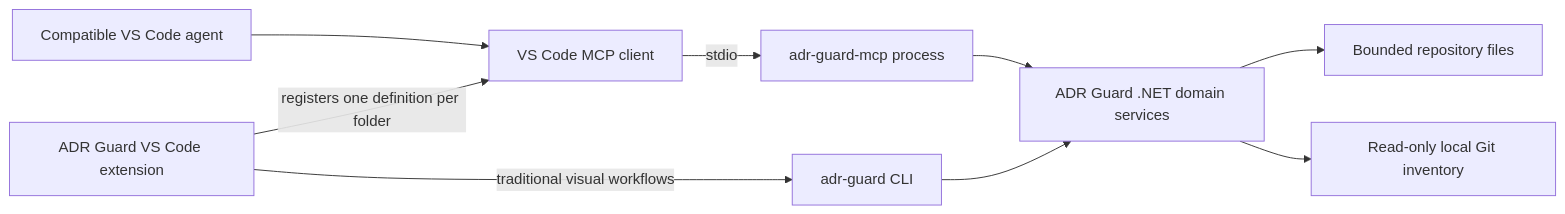
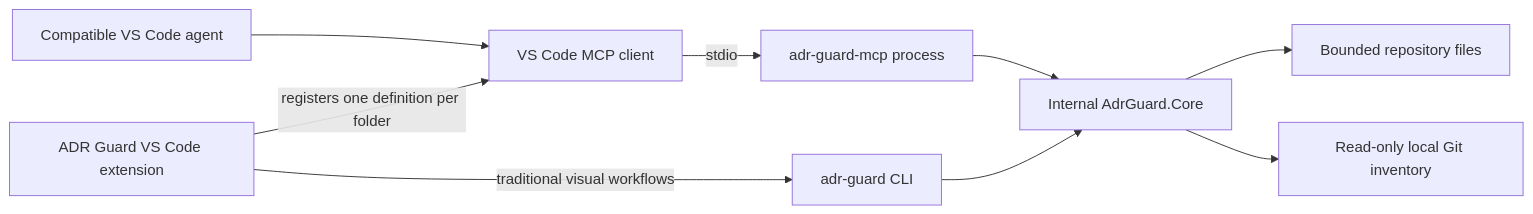
The diagram in docs/mcp.md (rodri-oliveira-dev/adr-guard), drawn with Mermaid before and after one commit. The commit also changed other lines of this file and 28 other files, not shown here.

````diff
--- a/docs/mcp.md
+++ b/docs/mcp.md
@@ -13,11 +13,11 @@
 ```mermaid
 flowchart LR
   Agent[Compatible VS Code agent] --> Client[VS Code MCP client]
   Client -->|stdio| Server[adr-guard-mcp process]
-  Server --> Domain[ADR Guard .NET domain services]
-  Domain --> Files[Bounded repository files]
-  Domain --> Git[Read-only local Git inventory]
+  Server --> Core[Internal AdrGuard.Core]
+  Core --> Files[Bounded repository files]
+  Core --> Git[Read-only local Git inventory]
   Extension[ADR Guard VS Code extension] -->|registers one definition per folder| Client
   Extension -->|traditional visual workflows| CLI[adr-guard CLI]
-  CLI --> Domain
+  CLI --> Core
 ```
````
